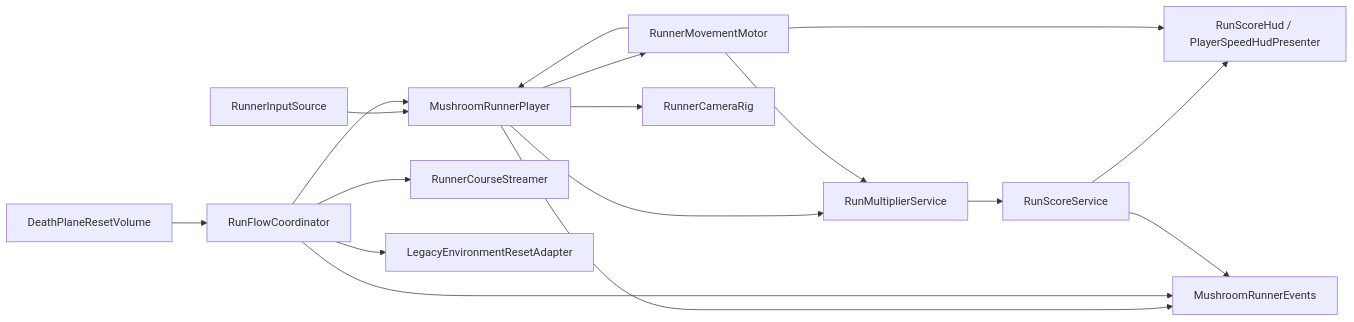
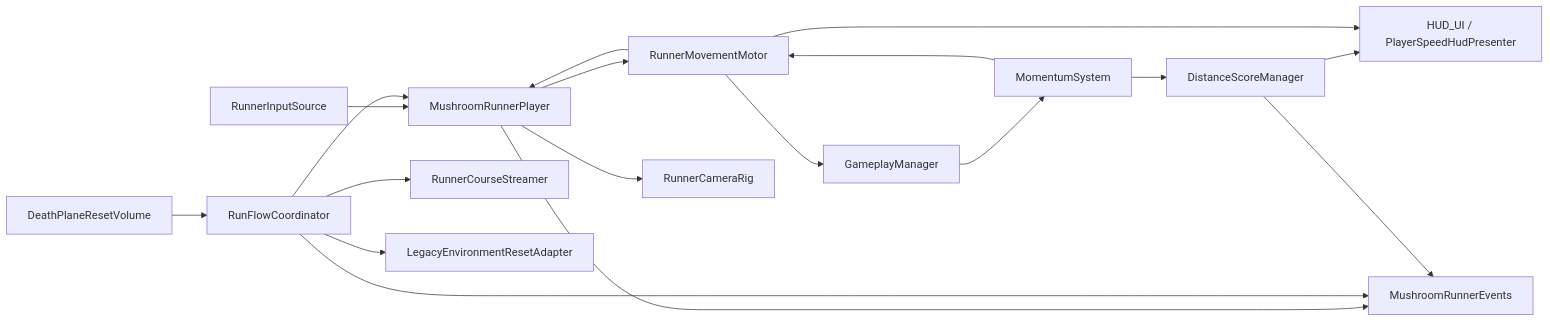
Before and after one commit to YousefTahaFrexicknexus/FunGuy: the first of 2 diagrams in Docs/MushroomRunner-Overview.md, drawn with Mermaid. The commit also changed other lines of this file and 30 other files, not shown here.

````diff
--- a/Docs/MushroomRunner-Overview.md
+++ b/Docs/MushroomRunner-Overview.md
@@ -19,32 +19,33 @@
 ```mermaid
 flowchart LR
     Input[RunnerInputSource]
     Player[MushroomRunnerPlayer]
     Motor[RunnerMovementMotor]
     Camera[RunnerCameraRig]
-    Multiplier[RunMultiplierService]
-    Score[RunScoreService]
+    Multiplier[MomentumSystem]
+    Score[DistanceScoreManager]
     World[RunnerCourseStreamer]
     Flow[RunFlowCoordinator]
     Death[DeathPlaneResetVolume]
-    HUD[RunScoreHud / PlayerSpeedHudPresenter]
+    HUD[HUD_UI / PlayerSpeedHudPresenter]
     Legacy[LegacyEnvironmentResetAdapter]
     Events[MushroomRunnerEvents]
 
     Input --> Player
     Player --> Motor
     Motor --> Player
-    Player --> Multiplier
-    Motor --> Multiplier
+    Motor --> GameplayManager
+    GameplayManager --> Multiplier
+    Multiplier --> Motor
     Multiplier --> Score
     Flow --> Player
     Flow --> World
     Flow --> Legacy
     Death --> Flow
     Player --> Camera
     Score --> HUD
     Motor --> HUD
     Player --> Events
     Flow --> Events
     Score --> Events
 ```
````
